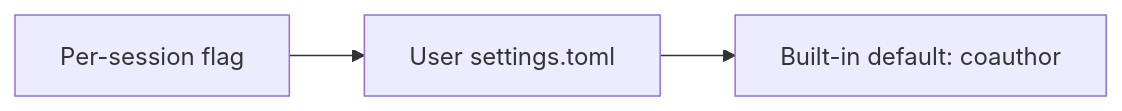
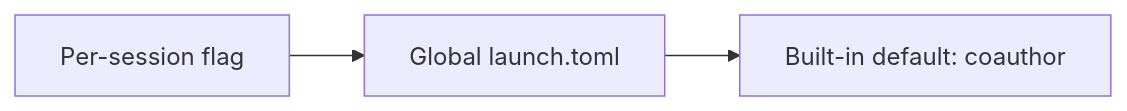
Before and after one commit to prime-radiant-inc/evener: the second of 2 diagrams in docs/superpowers/specs/2026-11-09-commit-provenance-trailer-design.md, drawn with Mermaid. The commit also changed other lines of this file, not shown here.

````diff
--- a/docs/superpowers/specs/2026-11-09-commit-provenance-trailer-design.md
+++ b/docs/superpowers/specs/2026-11-09-commit-provenance-trailer-design.md
@@ -176,5 +208,5 @@
 ```mermaid
 flowchart LR
-    A[Per-session flag] --> B[User settings.toml]
+    A[Per-session flag] --> B[Global launch.toml]
     B --> C[Built-in default: coauthor]
 ```
````
